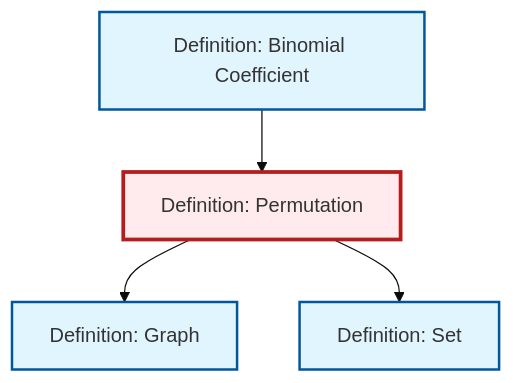
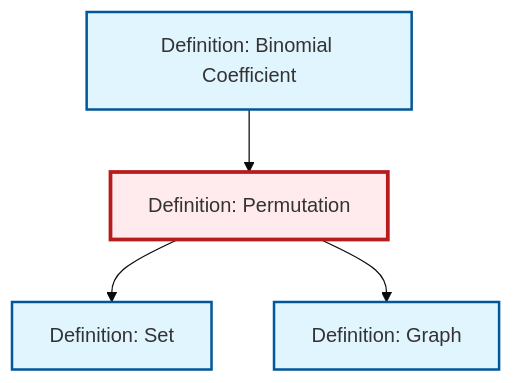
One commit to RK0429/ModernMath changed the diagram in content/ja/combinatorics/def-permutation.qmd. Above: the diagram before and after it, drawn with Mermaid (base theme). The commit also changed other lines of this file and 360 other files, not shown here.

````diff
--- a/content/ja/combinatorics/def-permutation.qmd
+++ b/content/ja/combinatorics/def-permutation.qmd
@@ -53,20 +53,20 @@
 ```{mermaid}
 %%| fig-cap: "Local dependency graph"
 graph TD
     classDef definition fill:#e1f5fe,stroke:#01579b,stroke-width:2px
     classDef theorem fill:#f3e5f5,stroke:#4a148c,stroke-width:2px
     classDef axiom fill:#fff3e0,stroke:#e65100,stroke-width:2px
     classDef example fill:#e8f5e9,stroke:#1b5e20,stroke-width:2px
     classDef current fill:#ffebee,stroke:#b71c1c,stroke-width:3px
     def-set["Definition: Set"]:::definition
     def-permutation["Definition: Permutation"]:::definition
+    def-binomial-coefficient["Definition: Binomial Coefficient"]:::definition
     def-graph["Definition: Graph"]:::definition
-    def-binomial-coefficient["Definition: Binomial Coefficient"]:::definition
+    def-permutation --> def-set
+    def-permutation --> def-graph
     def-binomial-coefficient --> def-permutation
-    def-permutation --> def-graph
-    def-permutation --> def-set
     class def-permutation current
     click def-set "def-set.html" "Definition: Setへ"
+    click def-binomial-coefficient "def-binomial-coefficient.html" "Definition: Binomial Coefficientへ"
     click def-graph "def-graph.html" "Definition: Graphへ"
-    click def-binomial-coefficient "def-binomial-coefficient.html" "Definition: Binomial Coefficientへ"
 ```
````
